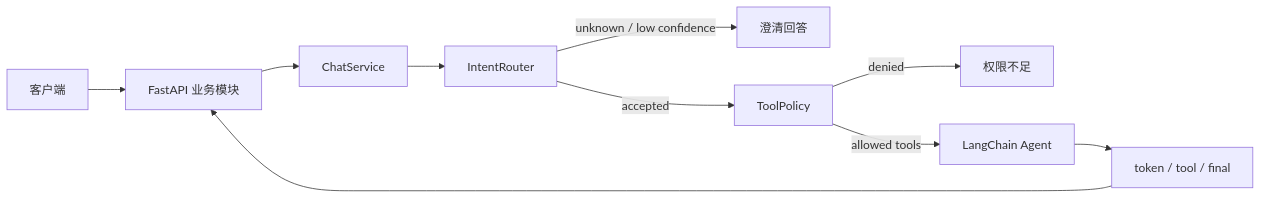
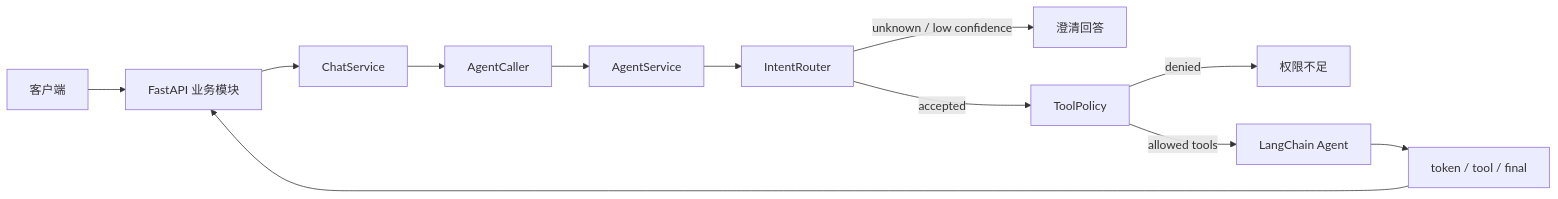
The diagram in README.md (Y-mu/THar), drawn with Mermaid before and after one commit. The commit also changed other lines of this file and 23 other files, not shown here.

````diff
--- a/README.md
+++ b/README.md
@@ -78,12 +78,14 @@
 ```mermaid
 flowchart LR
     Client[客户端] --> API[FastAPI 业务模块]
     API --> Chat[ChatService]
-    Chat --> Router[IntentRouter]
+    Chat --> Port[AgentCaller]
+    Port --> Service[AgentService]
+    Service --> Router[IntentRouter]
     Router -->|unknown / low confidence| Clarify[澄清回答]
     Router -->|accepted| Policy[ToolPolicy]
     Policy -->|denied| Denied[权限不足]
     Policy -->|allowed tools| Agent[LangChain Agent]
     Agent --> Events[token / tool / final]
     Events --> API
 ```
````
